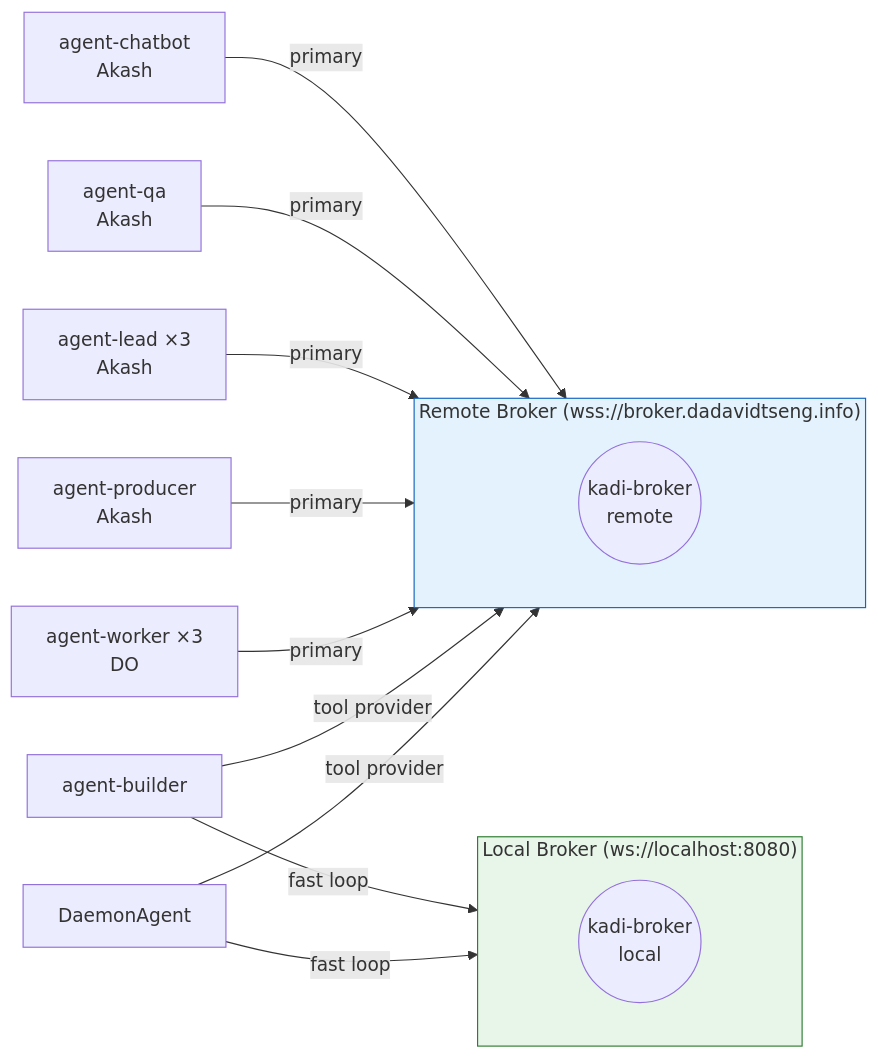
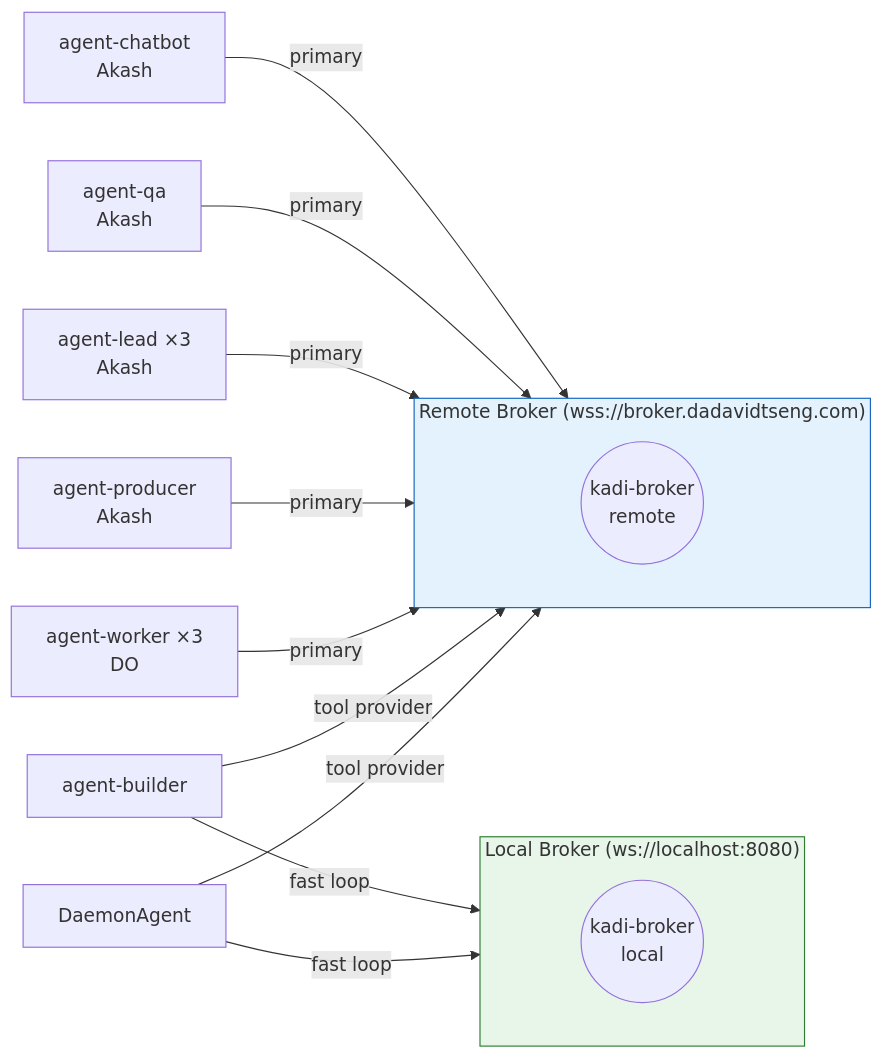
Before and after one commit to dadavidtseng/AGENTS: the second of 7 diagrams in Docs/network-topology.md, drawn with Mermaid. The commit also changed other lines of this file and 11 other files, not shown here.

````diff
--- a/Docs/network-topology.md
+++ b/Docs/network-topology.md
@@ -101,26 +101,26 @@
 ```mermaid
 graph LR
     subgraph LOCAL_BROKER["Local Broker (ws://localhost:8080)"]
         direction TB
         LB((kadi-broker<br/>local))
     end
 
-    subgraph REMOTE_BROKER["Remote Broker (wss://broker.dadavidtseng.info)"]
+    subgraph REMOTE_BROKER["Remote Broker (wss://broker.dadavidtseng.com)"]
         direction TB
         RB((kadi-broker<br/>remote))
     end
 
     DA[DaemonAgent] -->|fast loop| LB
     AB[agent-builder] -->|fast loop| LB
     DA -->|tool provider| RB
     AB -->|tool provider| RB
 
     WP[agent-worker ×3<br/>DO] -->|primary| RB
     AP[agent-producer<br/>Akash] -->|primary| RB
     AL[agent-lead ×3<br/>Akash] -->|primary| RB
     QA[agent-qa<br/>Akash] -->|primary| RB
     AC[agent-chatbot<br/>Akash] -->|primary| RB
 
     style LOCAL_BROKER fill:#e8f5e9,stroke:#2e7d32
     style REMOTE_BROKER fill:#e3f2fd,stroke:#1565c0
 ```
````
